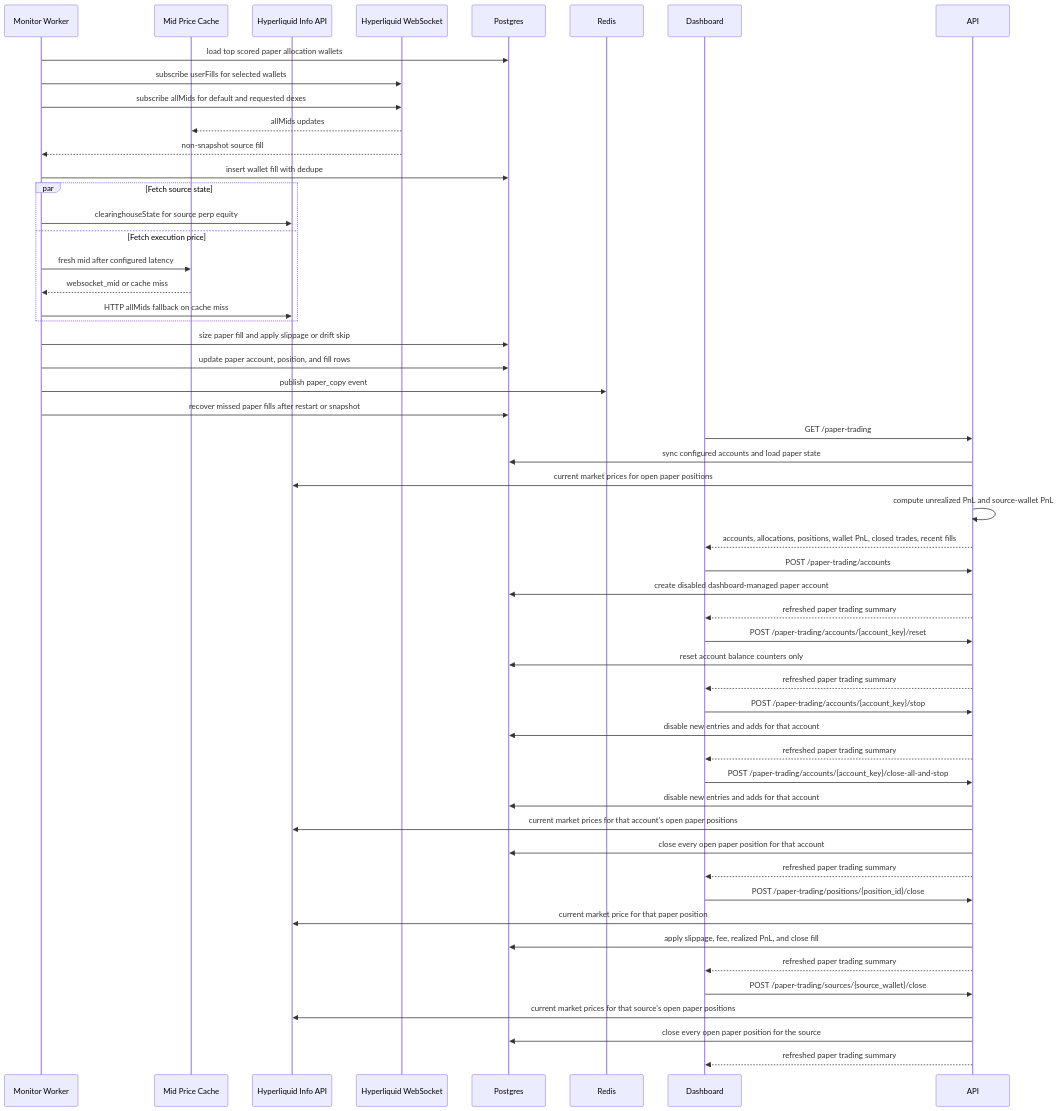
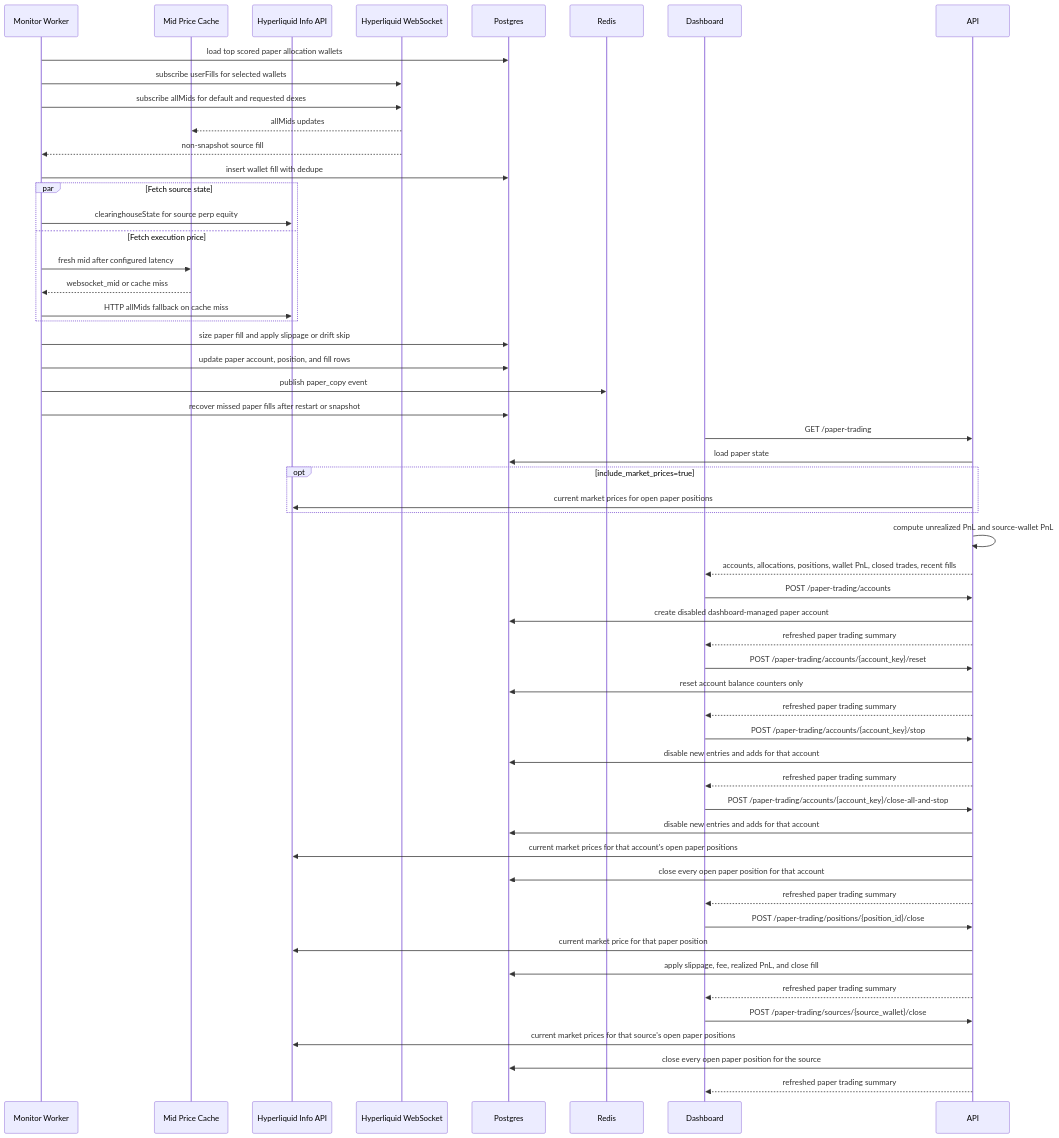
Before and after one commit to DrottPoker/copytrading-agent: the tenth of 10 diagrams in docs/architecture.md, drawn with Mermaid. The commit also changed other lines of this file and 13 other files, not shown here.

````diff
--- a/docs/architecture.md
+++ b/docs/architecture.md
@@ -573,55 +576,57 @@
 ```mermaid
 sequenceDiagram
   participant Worker as Monitor Worker
   participant PriceCache as Mid Price Cache
   participant HL as Hyperliquid Info API
   participant WS as Hyperliquid WebSocket
   participant DB as Postgres
   participant Redis as Redis
   participant UI as Dashboard
 
   Worker->>DB: load top scored paper allocation wallets
   Worker->>WS: subscribe userFills for selected wallets
   Worker->>WS: subscribe allMids for default and requested dexes
   WS-->>PriceCache: allMids updates
   WS-->>Worker: non-snapshot source fill
   Worker->>DB: insert wallet fill with dedupe
   par Fetch source state
     Worker->>HL: clearinghouseState for source perp equity
   and Fetch execution price
     Worker->>PriceCache: fresh mid after configured latency
     PriceCache-->>Worker: websocket_mid or cache miss
     Worker->>HL: HTTP allMids fallback on cache miss
   end
   Worker->>DB: size paper fill and apply slippage or drift skip
   Worker->>DB: update paper account, position, and fill rows
   Worker->>Redis: publish paper_copy event
   Worker->>DB: recover missed paper fills after restart or snapshot
   UI->>API: GET /paper-trading
-  API->>DB: sync configured accounts and load paper state
-  API->>HL: current market prices for open paper positions
+  API->>DB: load paper state
+  opt include_market_prices=true
+    API->>HL: current market prices for open paper positions
+  end
   API->>API: compute unrealized PnL and source-wallet PnL
   API-->>UI: accounts, allocations, positions, wallet PnL, closed trades, recent fills
   UI->>API: POST /paper-trading/accounts
   API->>DB: create disabled dashboard-managed paper account
   API-->>UI: refreshed paper trading summary
   UI->>API: POST /paper-trading/accounts/{account_key}/reset
   API->>DB: reset account balance counters only
   API-->>UI: refreshed paper trading summary
   UI->>API: POST /paper-trading/accounts/{account_key}/stop
   API->>DB: disable new entries and adds for that account
   API-->>UI: refreshed paper trading summary
   UI->>API: POST /paper-trading/accounts/{account_key}/close-all-and-stop
   API->>DB: disable new entries and adds for that account
   API->>HL: current market prices for that account's open paper positions
   API->>DB: close every open paper position for that account
   API-->>UI: refreshed paper trading summary
   UI->>API: POST /paper-trading/positions/{position_id}/close
   API->>HL: current market price for that paper position
   API->>DB: apply slippage, fee, realized PnL, and close fill
   API-->>UI: refreshed paper trading summary
   UI->>API: POST /paper-trading/sources/{source_wallet}/close
   API->>HL: current market prices for that source's open paper positions
   API->>DB: close every open paper position for the source
   API-->>UI: refreshed paper trading summary
 ```
````
